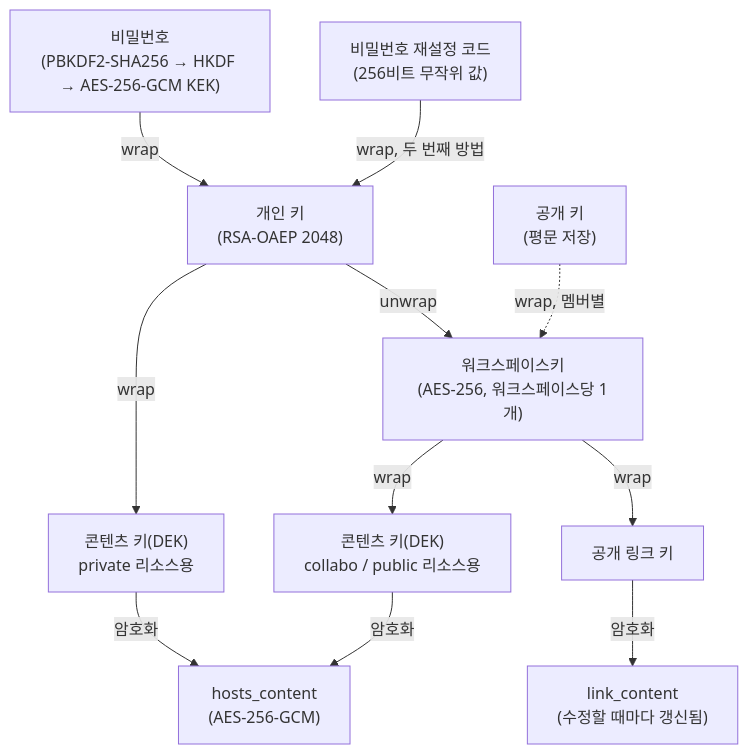
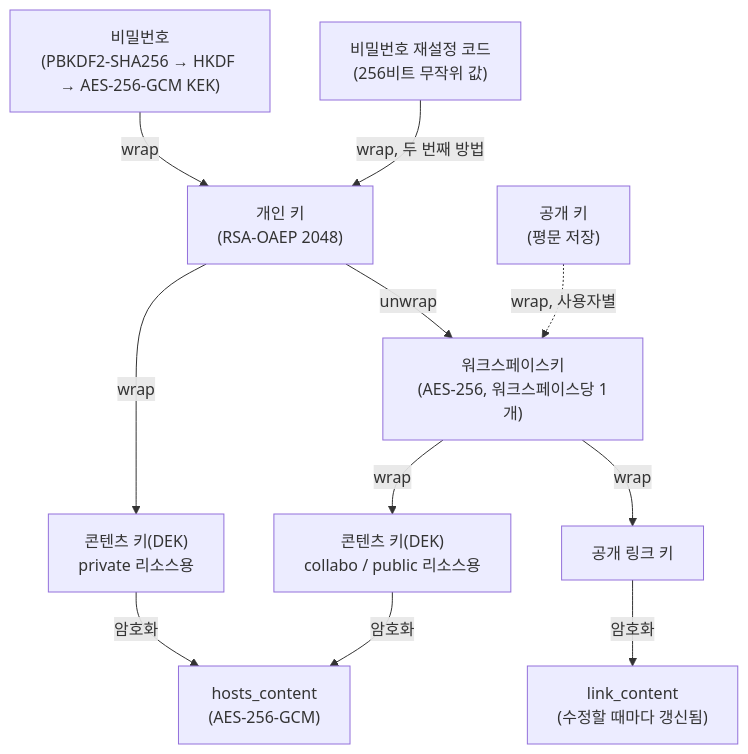
Before and after one commit to tricatch/oeHub: the diagram in docs/05-end-to-end-encryption.md, drawn with Mermaid. The commit also changed other lines of this file and 8 other files, not shown here.

````diff
--- a/docs/05-end-to-end-encryption.md
+++ b/docs/05-end-to-end-encryption.md
@@ -22,13 +22,13 @@
 ```mermaid
 flowchart TD
     PW["비밀번호\n(PBKDF2-SHA256 → HKDF → AES-256-GCM KEK)"] -->|wrap| PRIV["개인 키\n(RSA-OAEP 2048)"]
     REC["비밀번호 재설정 코드\n(256비트 무작위 값)"] -->|wrap, 두 번째 방법| PRIV
     PRIV -->|unwrap| WSK["워크스페이스키\n(AES-256, 워크스페이스당 1개)"]
-    PUB["공개 키\n(평문 저장)"] -.->|wrap, 멤버별| WSK
+    PUB["공개 키\n(평문 저장)"] -.->|wrap, 사용자별| WSK
     WSK -->|wrap| DEK_PUB["콘텐츠 키(DEK)\ncollabo / public 리소스용"]
     PRIV -->|wrap| DEK_PRIV["콘텐츠 키(DEK)\nprivate 리소스용"]
     DEK_PRIV -->|암호화| CONTENT["hosts_content\n(AES-256-GCM)"]
     DEK_PUB -->|암호화| CONTENT
     WSK -->|wrap| LINKKEY["공개 링크 키"]
     LINKKEY -->|암호화| LINKCONTENT["link_content\n(수정할 때마다 갱신됨)"]
 ```
````
